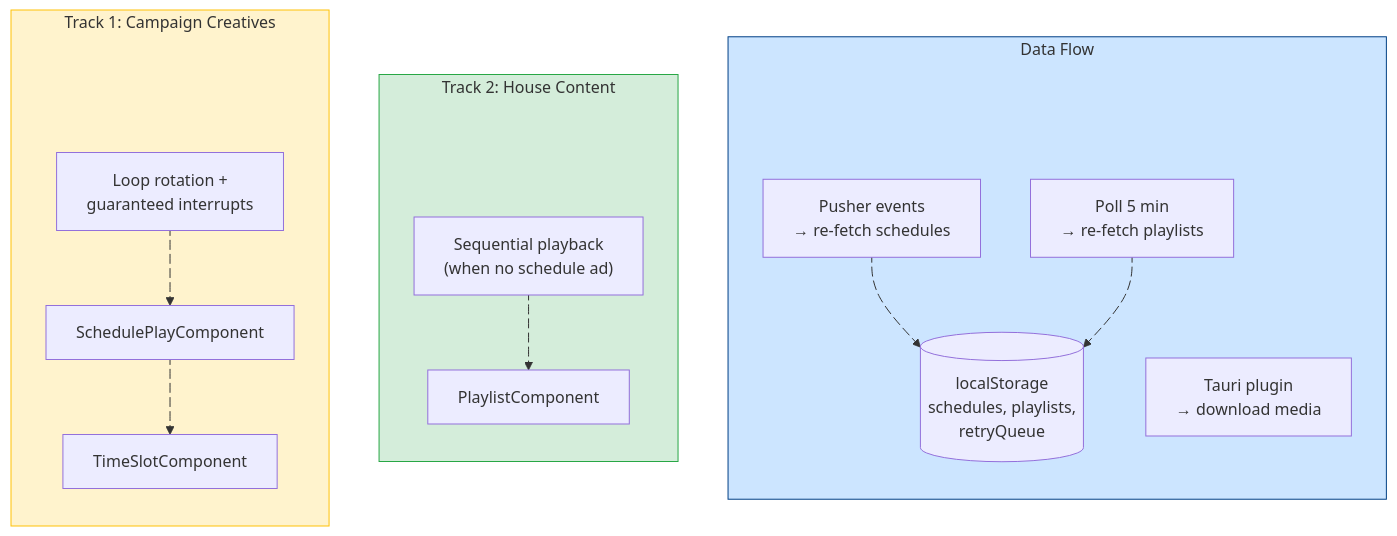
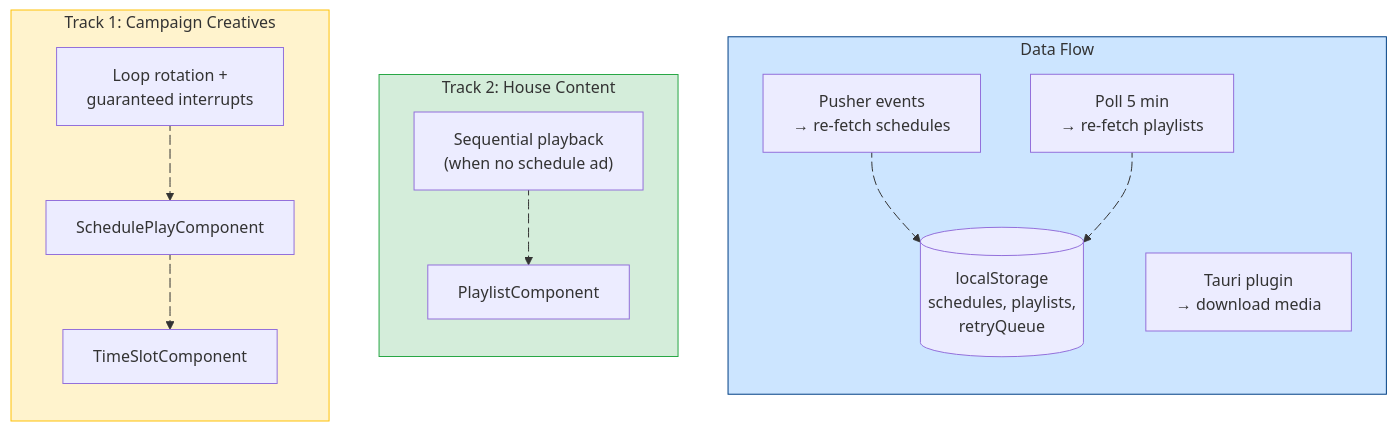
One commit to wasikarn/jira-generator changed the diagram in scripts/diagrams/03-2-player-architecture.mmd. Above: the diagram before and after it, drawn with Mermaid. The commit also changed 6 other files, not shown here.

First line of the commit message:
fix: use single-line subgraph titles to prevent node overlap in diagrams

```diff
--- a/scripts/diagrams/03-2-player-architecture.mmd
+++ b/scripts/diagrams/03-2-player-architecture.mmd
@@ -1,37 +1,33 @@
 flowchart LR
     subgraph T1["Track 1: Campaign Creatives"]
         direction TB
-        T1_pad[ ]:::spacer ~~~ S1
         S1["Loop rotation +<br/>guaranteed interrupts"]
         S2["SchedulePlayComponent"]
         S3["TimeSlotComponent"]
         S1 e1@--> S2 e2@--> S3
     end
     subgraph T2["Track 2: House Content"]
         direction TB
-        T2_pad[ ]:::spacer ~~~ P1
         P1["Sequential playback<br/>(when no schedule ad)"]
         P2["PlaylistComponent"]
         P1 e3@--> P2
     end
     subgraph DF["Data Flow"]
         direction TB
-        DF_pad[ ]:::spacer ~~~ D1
         D1["Pusher events<br/>→ re-fetch schedules"]
         D2["Poll 5 min<br/>→ re-fetch playlists"]
         D3[("localStorage<br/>schedules, playlists,<br/>retryQueue")]
         D4["Tauri plugin<br/>→ download media"]
         D1 e4@--> D3
         D2 e5@--> D3
     end
     T1 ~~~ T2
     T2 ~~~ DF
     e1@{ animation: fast }
     e2@{ animation: fast }
     e3@{ animation: fast }
     e4@{ animation: slow }
     e5@{ animation: slow }
-    classDef spacer fill:none,stroke:none,color:transparent
     style T1 fill:#fff3cd,stroke:#ffc107
     style T2 fill:#d4edda,stroke:#28a745
     style DF fill:#cce5ff,stroke:#004085
```
